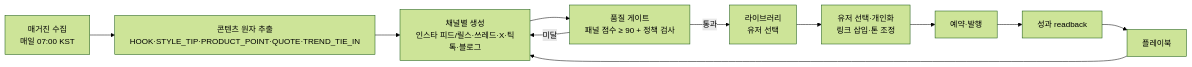
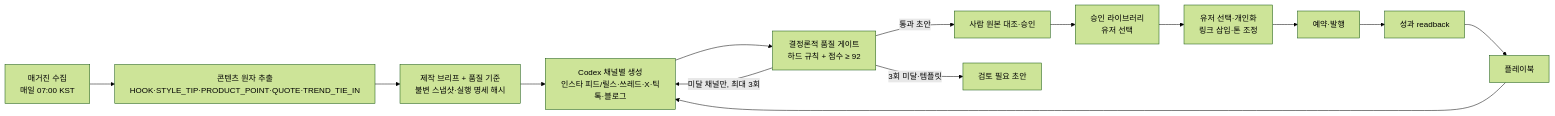
The diagram in docs/06-content-engine.md (contentscoin/automoney), drawn with Mermaid (forest theme) before and after one commit. The commit also changed other lines of this file and 23 other files, not shown here.

````diff
--- a/docs/06-content-engine.md
+++ b/docs/06-content-engine.md
@@ -7,11 +7,14 @@
 ```mermaid
 flowchart LR
   M[매거진 수집<br/>매일 07:00 KST] --> A[콘텐츠 원자 추출<br/>HOOK·STYLE_TIP·PRODUCT_POINT·QUOTE·TREND_TIE_IN]
-  A --> G[채널별 생성<br/>인스타 피드/릴스·쓰레드·X·틱톡·블로그]
-  G --> Q[품질 게이트<br/>패널 점수 ≥ 90 + 정책 검사]
-  Q -->|통과| L[라이브러리<br/>유저 선택]
-  Q -->|미달| G
+  A --> B[제작 브리프 + 품질 기준<br/>불변 스냅샷·실행 명세 해시]
+  B --> G[Codex 채널별 생성<br/>인스타 피드/릴스·쓰레드·X·틱톡·블로그]
+  G --> Q[결정론적 품질 게이트<br/>하드 규칙 + 점수 ≥ 92]
+  Q -->|통과 초안| H[사람 원본 대조·승인]
+  H --> L[승인 라이브러리<br/>유저 선택]
+  Q -->|미달 채널만, 최대 3회| G
+  Q -->|3회 미달·템플릿| D[검토 필요 초안]
   L --> U[유저 선택·개인화<br/>링크 삽입·톤 조정]
   U --> P[예약·발행]
   P --> R[성과 readback] --> PB[플레이북] --> G
 ```
````
